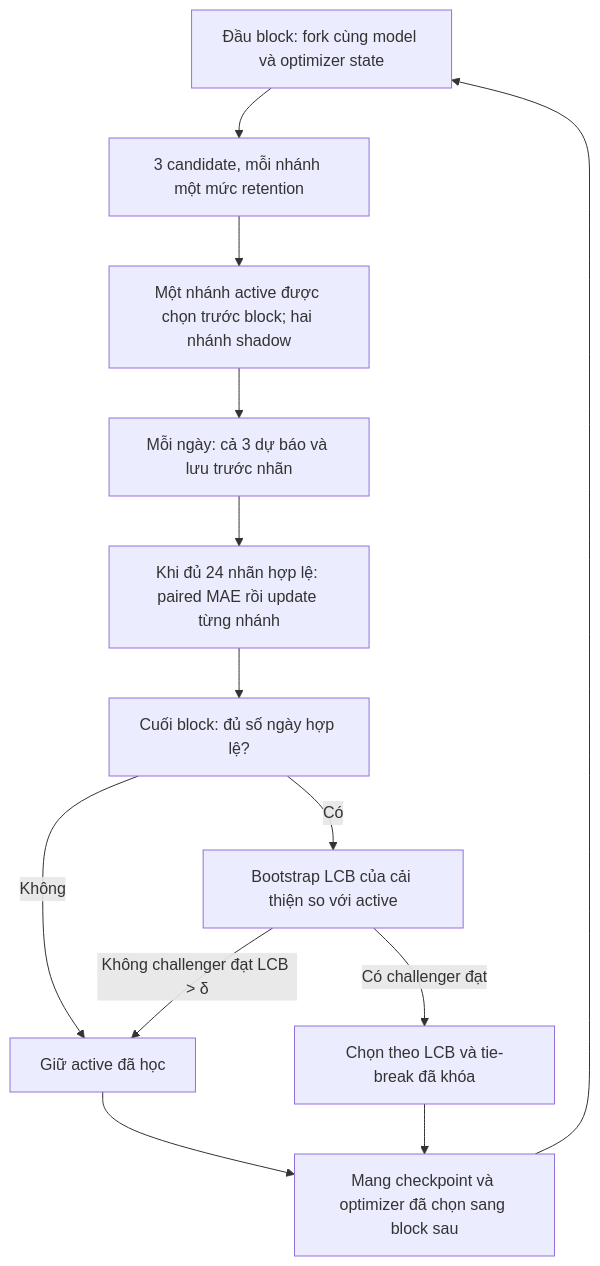
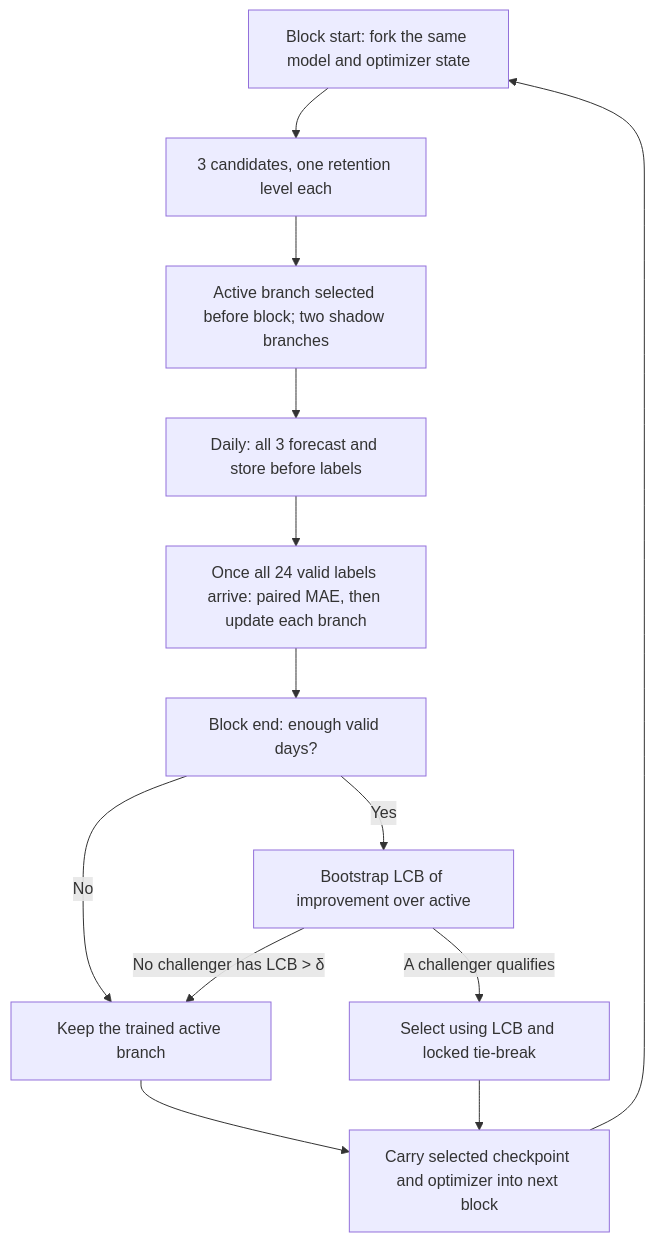
The second of 2 diagrams in docs/MASTER_RESEARCH_FLOW.md (HungLD9505/adaptive-retention-ev), drawn with Mermaid before and after one commit. The commit also changed other lines of this file and 8 other files, not shown here.

````diff
--- a/docs/MASTER_RESEARCH_FLOW.md
+++ b/docs/MASTER_RESEARCH_FLOW.md
@@ -111,15 +112,15 @@
 ```mermaid
 flowchart TB
-    A["Đầu block: fork cùng model và optimizer state"] --> B["3 candidate, mỗi nhánh một mức retention"]
-    B --> C["Một nhánh active được chọn trước block; hai nhánh shadow"]
-    C --> D["Mỗi ngày: cả 3 dự báo và lưu trước nhãn"]
-    D --> E["Khi đủ 24 nhãn hợp lệ: paired MAE rồi update từng nhánh"]
-    E --> F["Cuối block: đủ số ngày hợp lệ?"]
-    F -- "Không" --> G["Giữ active đã học"]
-    F -- "Có" --> H["Bootstrap LCB của cải thiện so với active"]
-    H -- "Không challenger đạt LCB > δ" --> G
-    H -- "Có challenger đạt" --> I["Chọn theo LCB và tie-break đã khóa"]
-    G --> J["Mang checkpoint và optimizer đã chọn sang block sau"]
+    A["Block start: fork the same model and optimizer state"] --> B["3 candidates, one retention level each"]
+    B --> C["Active branch selected before block; two shadow branches"]
+    C --> D["Daily: all 3 forecast and store before labels"]
+    D --> E["Once all 24 valid labels arrive: paired MAE, then update each branch"]
+    E --> F["Block end: enough valid days?"]
+    F -- "No" --> G["Keep the trained active branch"]
+    F -- "Yes" --> H["Bootstrap LCB of improvement over active"]
+    H -- "No challenger has LCB > δ" --> G
+    H -- "A challenger qualifies" --> I["Select using LCB and locked tie-break"]
+    G --> J["Carry selected checkpoint and optimizer into next block"]
     I --> J
     J --> A
 ```
````
